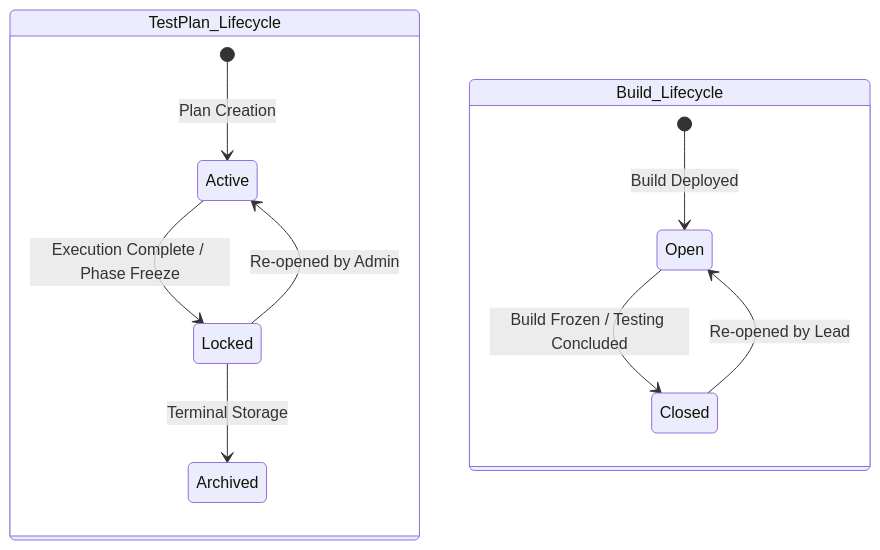
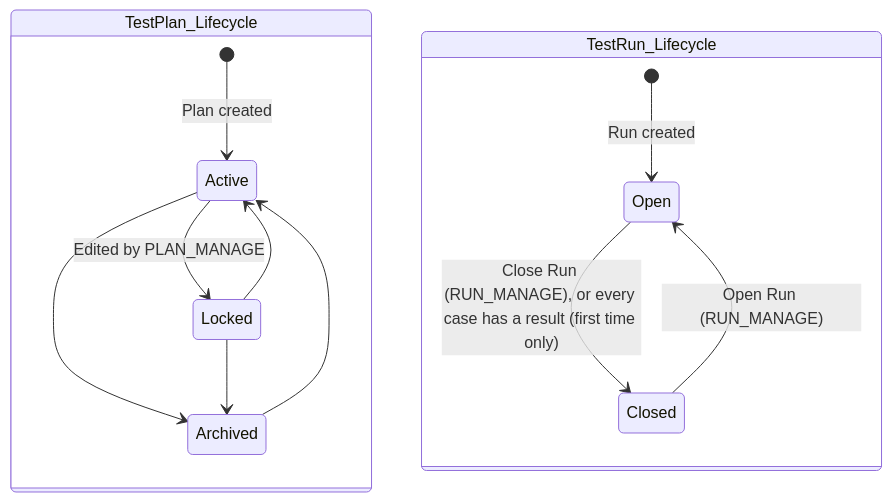
One commit to ElliotNewtonMiller/Testify changed the third of 3 diagrams in docs/rfc_01_domain_model.md. Above: the diagram before and after it, drawn with Mermaid. The commit also changed other lines of this file and 16 other files, not shown here.

````diff
--- a/docs/rfc_01_domain_model.md
+++ b/docs/rfc_01_domain_model.md
@@ -569,15 +301,17 @@
 ```mermaid
 stateDiagram-v2
     state TestPlan_Lifecycle {
-        [*] --> Active : Plan Creation
-        Active --> Locked : Execution Complete / Phase Freeze
-        Locked --> Active : Re-opened by Admin
-        Locked --> Archived : Terminal Storage
+        [*] --> Active : Plan created
+        Active --> Locked : Edited by PLAN_MANAGE
+        Locked --> Active
+        Active --> Archived
+        Locked --> Archived
+        Archived --> Active
     }
 
-    state Build_Lifecycle {
-        [*] --> Open : Build Deployed
-        Open --> Closed : Build Frozen / Testing Concluded
-        Closed --> Open : Re-opened by Lead
+    state TestRun_Lifecycle {
+        [*] --> Open : Run created
+        Open --> Closed : Close Run (RUN_MANAGE), or every case has a result (first time only)
+        Closed --> Open : Open Run (RUN_MANAGE)
     }
 ```
````
